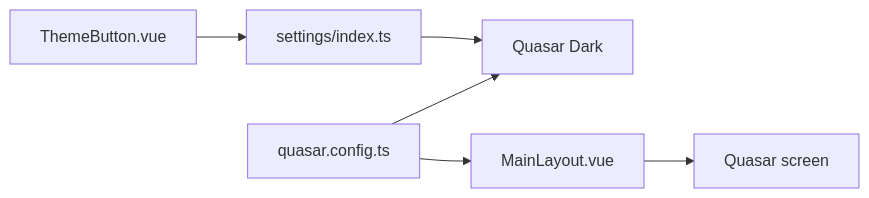
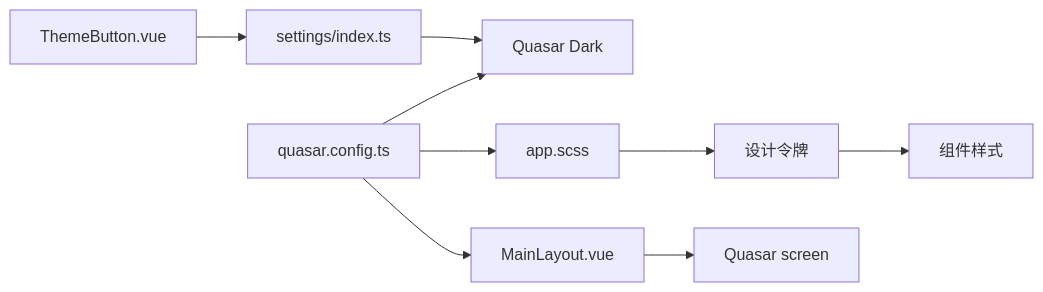
One commit to le-bot-team/le-bot-frontend changed the sixth of 6 diagrams in .qoder/repowiki/zh/content/样式与主题系统.md. Above: the diagram before and after it, drawn with Mermaid. The commit also changed other lines of this file and 217 other files, not shown here.

````diff
--- a/.qoder/repowiki/zh/content/样式与主题系统.md
+++ b/.qoder/repowiki/zh/content/样式与主题系统.md
@@ -218,8 +320,11 @@
 ```mermaid
 graph LR
-BTN["ThemeButton.vue"] --> ST["settings/index.ts"]
-ST --> D["Quasar Dark"]
-QC["quasar.config.ts"] --> D
-ML["MainLayout.vue"] --> SCR["Quasar screen"]
+BTN[ThemeButton.vue] --> ST[settings/index.ts]
+ST --> D[Quasar Dark]
+QC[quasar.config.ts] --> D
+QC --> APP[app.scss]
+APP --> DT[设计令牌]
+DT --> COMP[组件样式]
+ML[MainLayout.vue] --> SCR[Quasar screen]
 QC --> ML
 ```
````
